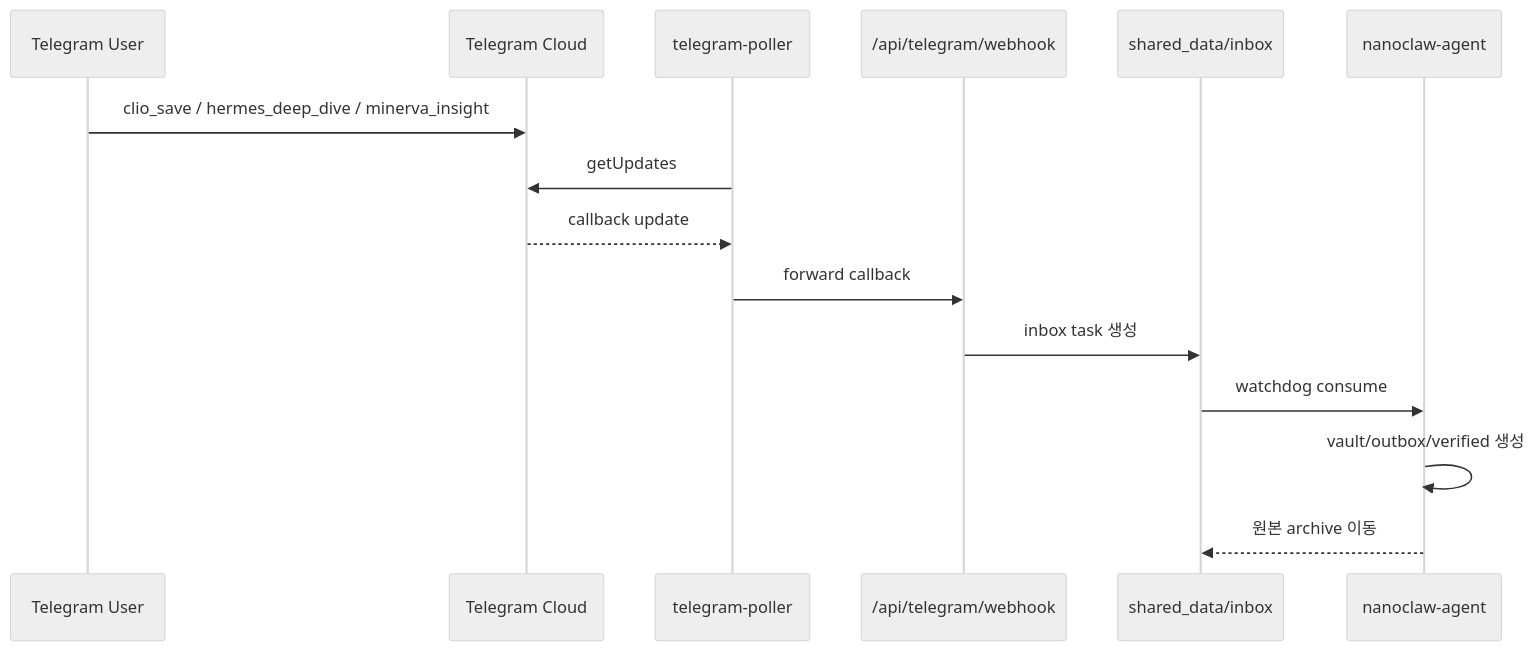
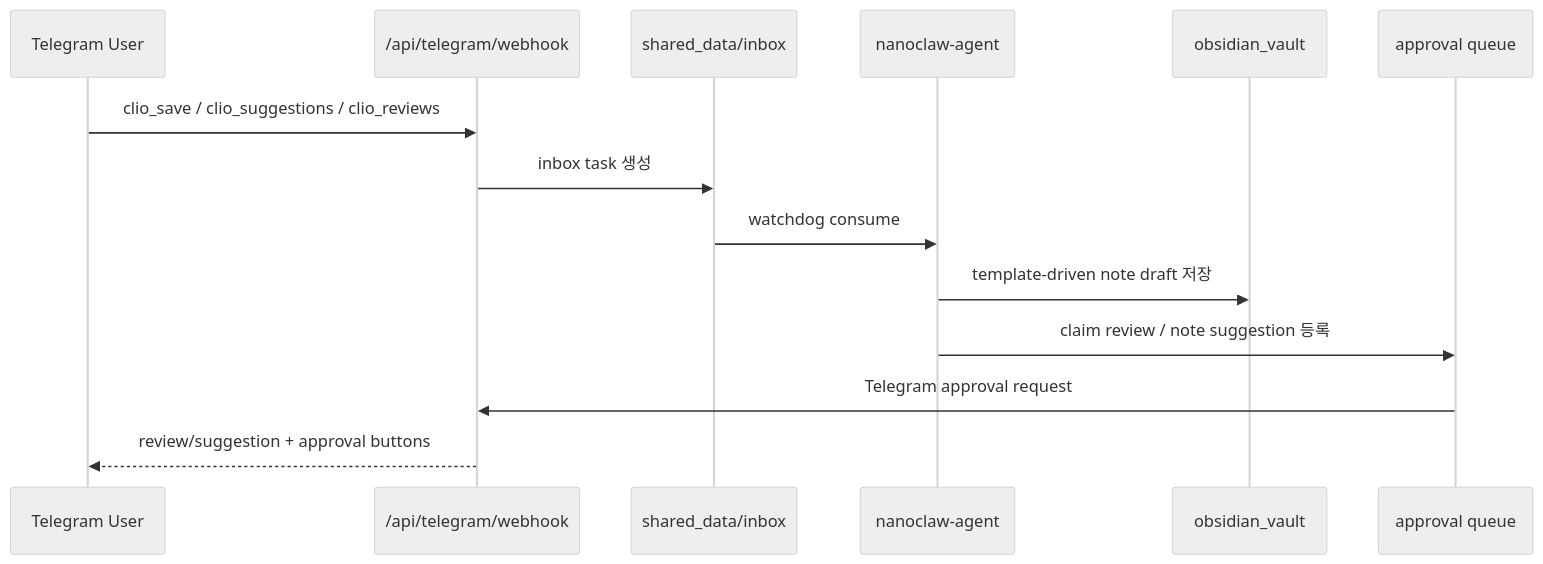
One commit to Merchantlee99/Personal-AI-agent-v2 changed the fourth of 5 diagrams in docs/ARCHITECTURE.md. Above: the diagram before and after it, drawn with Mermaid (neutral theme). The commit also changed other lines of this file and 14 other files, not shown here.

Commit message:
refactor: separate clio user vault from runtime artifacts

````diff
--- a/docs/ARCHITECTURE.md
+++ b/docs/ARCHITECTURE.md
@@ -118,18 +153,17 @@
 ```mermaid
 sequenceDiagram
   participant U as Telegram User
-  participant T as Telegram Cloud
-  participant TP as telegram-poller
   participant W as /api/telegram/webhook
   participant I as shared_data/inbox
   participant A as nanoclaw-agent
+  participant V as obsidian_vault
+  participant Q as approval queue
 
-  U->>T: clio_save / hermes_deep_dive / minerva_insight
-  TP->>T: getUpdates
-  T-->>TP: callback update
-  TP->>W: forward callback
+  U->>W: clio_save / clio_suggestions / clio_reviews
   W->>I: inbox task 생성
   I->>A: watchdog consume
-  A->>A: vault/outbox/verified 생성
-  A-->>I: 원본 archive 이동
+  A->>V: template-driven note draft 저장
+  A->>Q: claim review / note suggestion 등록
+  Q->>W: Telegram approval request
+  W-->>U: review/suggestion + approval buttons
 ```
````
